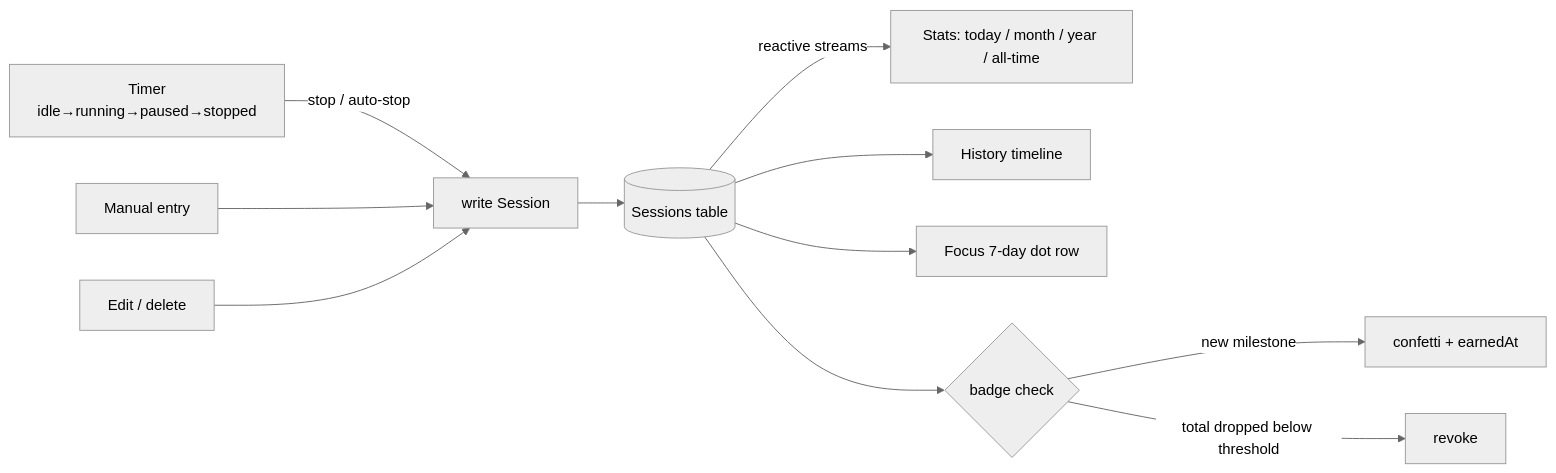
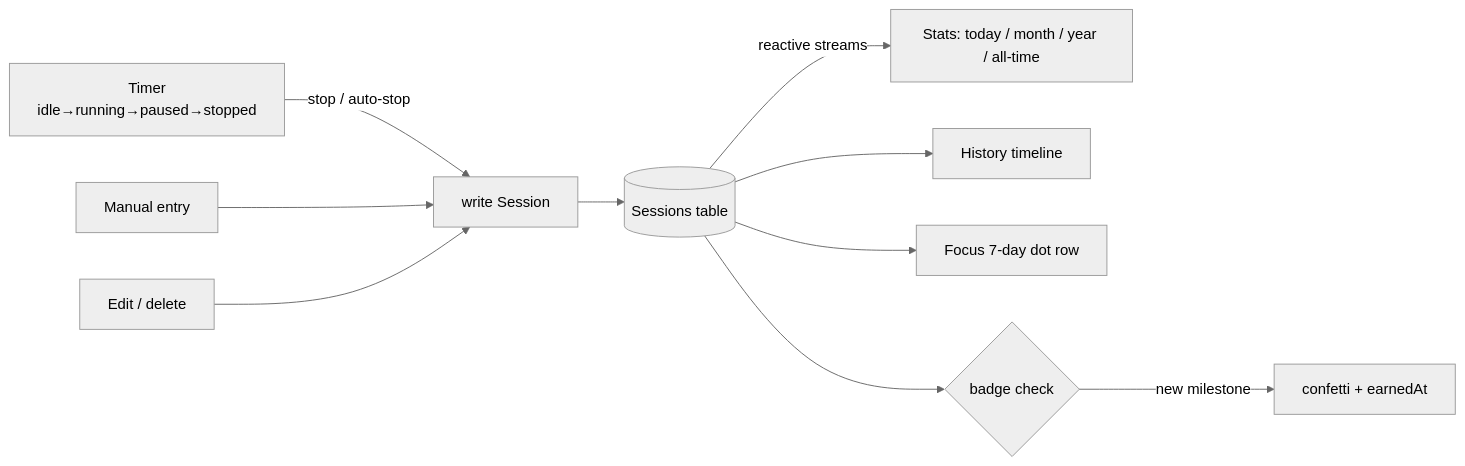
Before and after one commit to levitatingflyfisher/Sundial: the second of 3 diagrams in docs/architecture/OVERVIEW.md, drawn with Mermaid (neutral theme). The commit also changed other lines of this file and 97 other files, not shown here.

````diff
--- a/docs/architecture/OVERVIEW.md
+++ b/docs/architecture/OVERVIEW.md
@@ -66,13 +66,12 @@
 ```mermaid
 flowchart LR
     t[Timer<br/>idle→running→paused→stopped] -->|stop / auto-stop| save[write Session]
     manual[Manual entry] --> save
     edit[Edit / delete] --> save
     save --> sessions[(Sessions table)]
     sessions -->|reactive streams| stats[Stats: today / month / year / all-time]
     sessions --> hist[History timeline]
     sessions --> dots[Focus 7-day dot row]
     sessions --> badges{badge check}
     badges -->|new milestone| confetti[confetti + earnedAt]
-    badges -->|total dropped below threshold| revoke[revoke]
 ```
````
